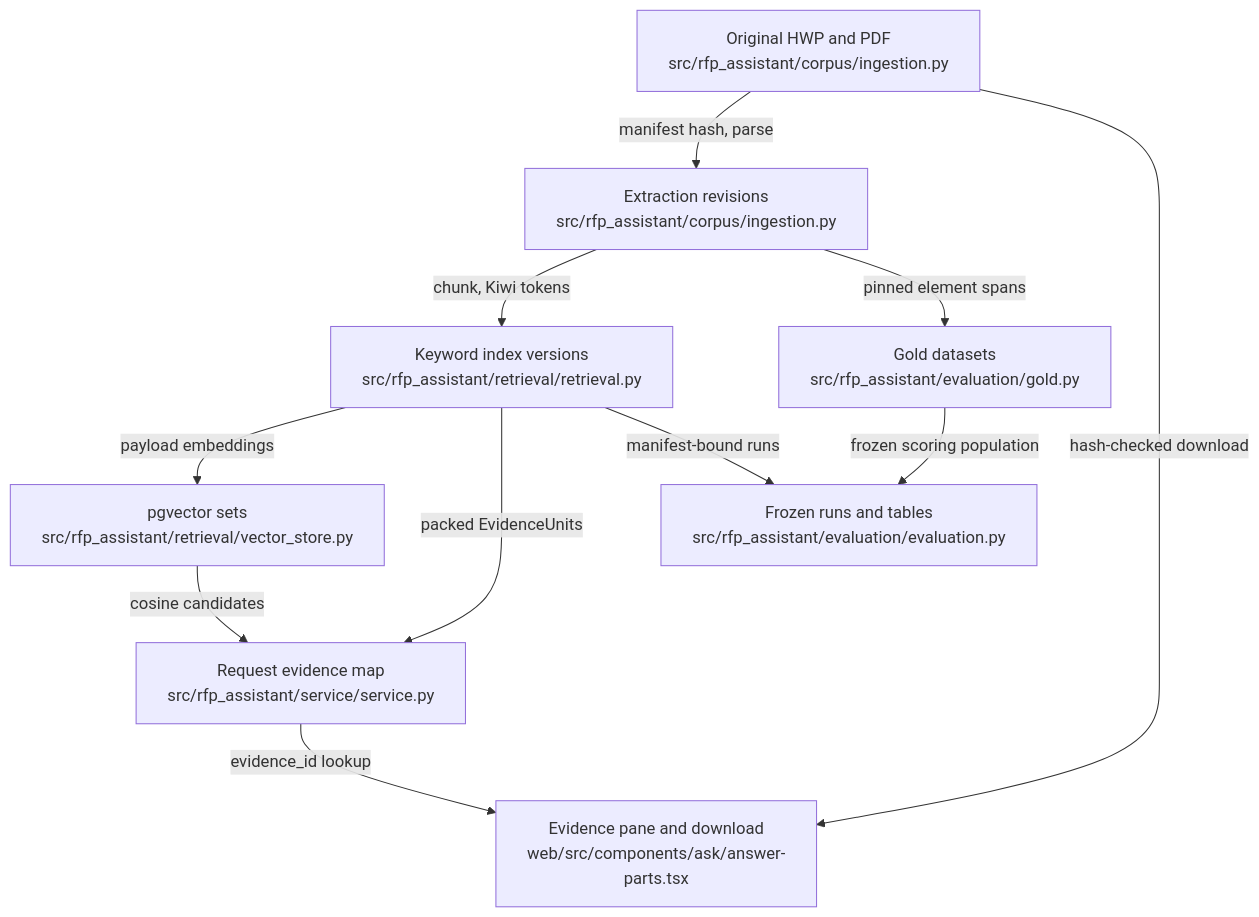
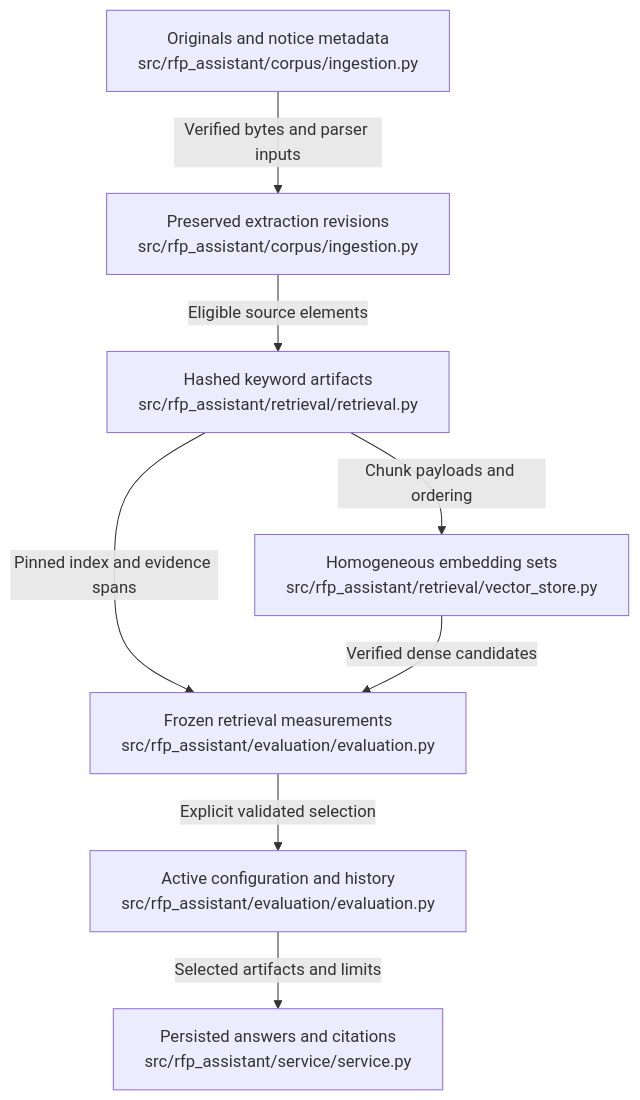
One commit to littleeeeebit/project-codeit-mid changed the diagram in .omm/data-flow/diagram.mmd. Above: the diagram before and after it, drawn with Mermaid. The commit also changed 460 other files, not shown here.

```diff
--- a/.omm/data-flow/diagram.mmd
+++ b/.omm/data-flow/diagram.mmd
@@ -1,19 +1,8 @@
 graph TD
-  originals["Original HWP and PDF\nsrc/rfp_assistant/corpus/ingestion.py"]
-  extraction-artifacts["Extraction revisions\nsrc/rfp_assistant/corpus/ingestion.py"]
-  keyword-indexes["Keyword index versions\nsrc/rfp_assistant/retrieval/retrieval.py"]
-  vector-sets["pgvector sets\nsrc/rfp_assistant/retrieval/vector_store.py"]
-  request-evidence["Request evidence map\nsrc/rfp_assistant/service/service.py"]
-  evidence-view["Evidence pane and download\nweb/src/components/ask/answer-parts.tsx"]
-  gold-datasets["Gold datasets\nsrc/rfp_assistant/evaluation/gold.py"]
-  evaluation-runs["Frozen runs and tables\nsrc/rfp_assistant/evaluation/evaluation.py"]
-  originals -->|"manifest hash, parse"| extraction-artifacts
-  extraction-artifacts -->|"chunk, Kiwi tokens"| keyword-indexes
-  keyword-indexes -->|"payload embeddings"| vector-sets
-  keyword-indexes -->|"packed EvidenceUnits"| request-evidence
-  vector-sets -->|"cosine candidates"| request-evidence
-  request-evidence -->|"evidence_id lookup"| evidence-view
-  originals -->|"hash-checked download"| evidence-view
-  extraction-artifacts -->|"pinned element spans"| gold-datasets
-  gold-datasets -->|"frozen scoring population"| evaluation-runs
-  keyword-indexes -->|"manifest-bound runs"| evaluation-runs
+originals["Originals and notice metadata\nsrc/rfp_assistant/corpus/ingestion.py"] -->|Verified bytes and parser inputs| extraction["Preserved extraction revisions\nsrc/rfp_assistant/corpus/ingestion.py"]
+extraction -->|Eligible source elements| keyword["Hashed keyword artifacts\nsrc/rfp_assistant/retrieval/retrieval.py"]
+keyword -->|Chunk payloads and ordering| vectors["Homogeneous embedding sets\nsrc/rfp_assistant/retrieval/vector_store.py"]
+keyword -->|Pinned index and evidence spans| measurements["Frozen retrieval measurements\nsrc/rfp_assistant/evaluation/evaluation.py"]
+vectors -->|Verified dense candidates| measurements
+measurements -->|Explicit validated selection| activation["Active configuration and history\nsrc/rfp_assistant/evaluation/evaluation.py"]
+activation -->|Selected artifacts and limits| requests["Persisted answers and citations\nsrc/rfp_assistant/service/service.py"]
```
